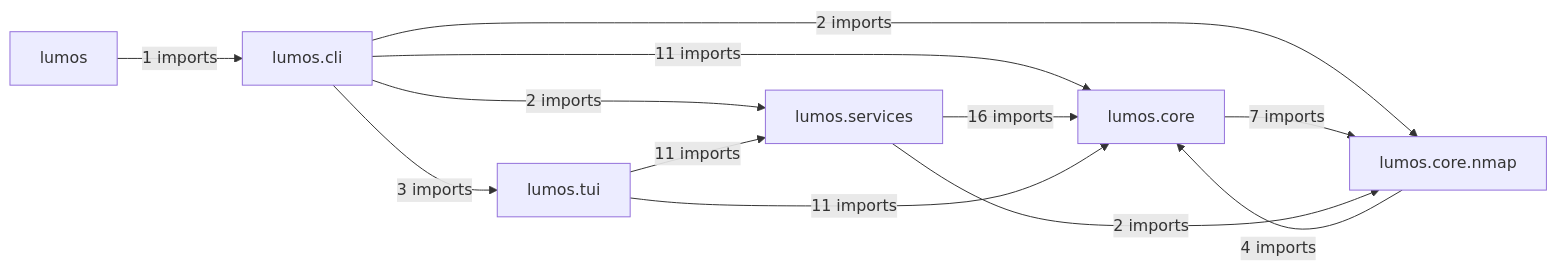
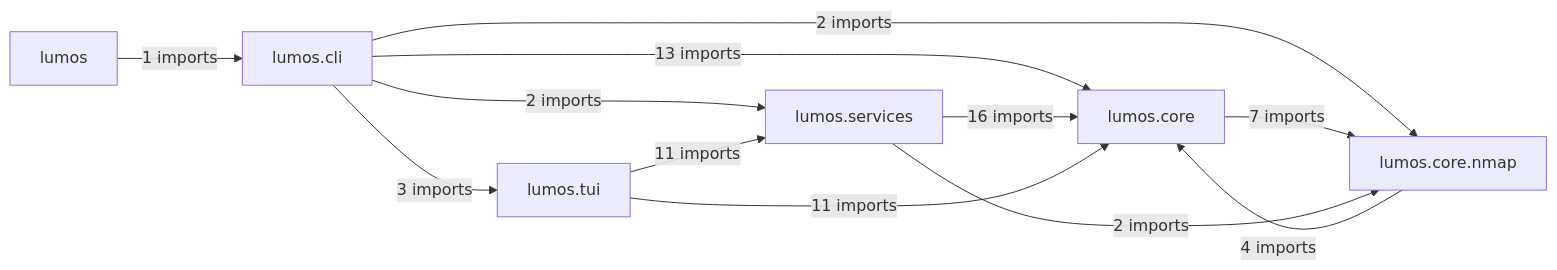
One commit to lko47/lumos changed the diagram in docs/architecture/modules.md. Above: the diagram before and after it, drawn with Mermaid. The commit also changed other lines of this file and 2 other files, not shown here.

Commit message:
feat(cli): scan with masscan from the command line
    lumos scan DB TARGET --network lab --engine masscan \
        --engine-ports 22,443 --engine-rate 1000

Each target becomes its own scan row, so a masscan sweep and an nmap scan of
the same host sit side by side in the engagement with different provenance.
Scope is enforced before the binary runs - unlike nmap there is no override
phrase here, because masscan's whole point is volume and a typo is expensive.
Exit code 1 with a sentence on stderr when the tool is missing, out of scope,
or produced no report.

Also fixed an ordering hazard in the callee: `--engine` is checked before the
nmap-only arguments are touched, so `--engine masscan` never falls through the
nmap path.

Verified with the fake masscan fixture through the real CLI entry point:
"Scan <id>: completed; 1 host(s) via masscan". 359 tests pass; standards
ratchet 100. naabu and rustscan still refuse with "output is not imported yet".

````diff
--- a/docs/architecture/modules.md
+++ b/docs/architecture/modules.md
@@ -7,20 +7,20 @@
 ```mermaid
 flowchart LR
     P0["lumos"]
     P1["lumos.cli"]
     P2["lumos.core"]
     P3["lumos.core.nmap"]
     P4["lumos.services"]
     P5["lumos.tui"]
     P0 -->|"1 imports"| P1
-    P1 -->|"11 imports"| P2
+    P1 -->|"13 imports"| P2
     P1 -->|"2 imports"| P3
     P1 -->|"2 imports"| P4
     P1 -->|"3 imports"| P5
     P2 -->|"7 imports"| P3
     P3 -->|"4 imports"| P2
     P4 -->|"16 imports"| P2
     P4 -->|"2 imports"| P3
     P5 -->|"11 imports"| P2
     P5 -->|"11 imports"| P4
 ```
````
